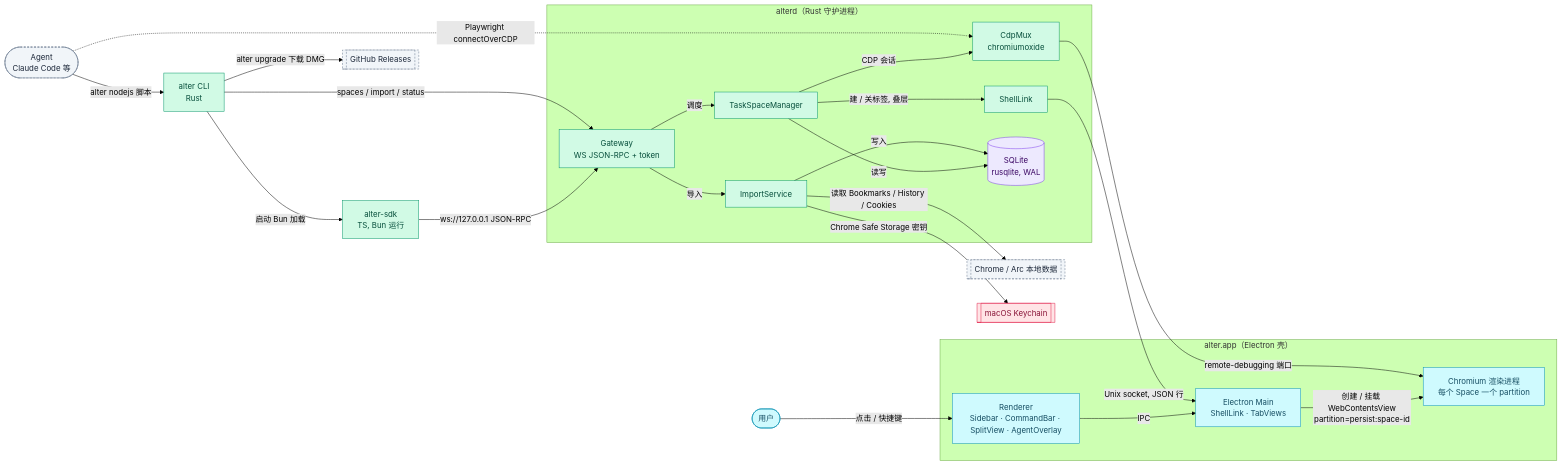
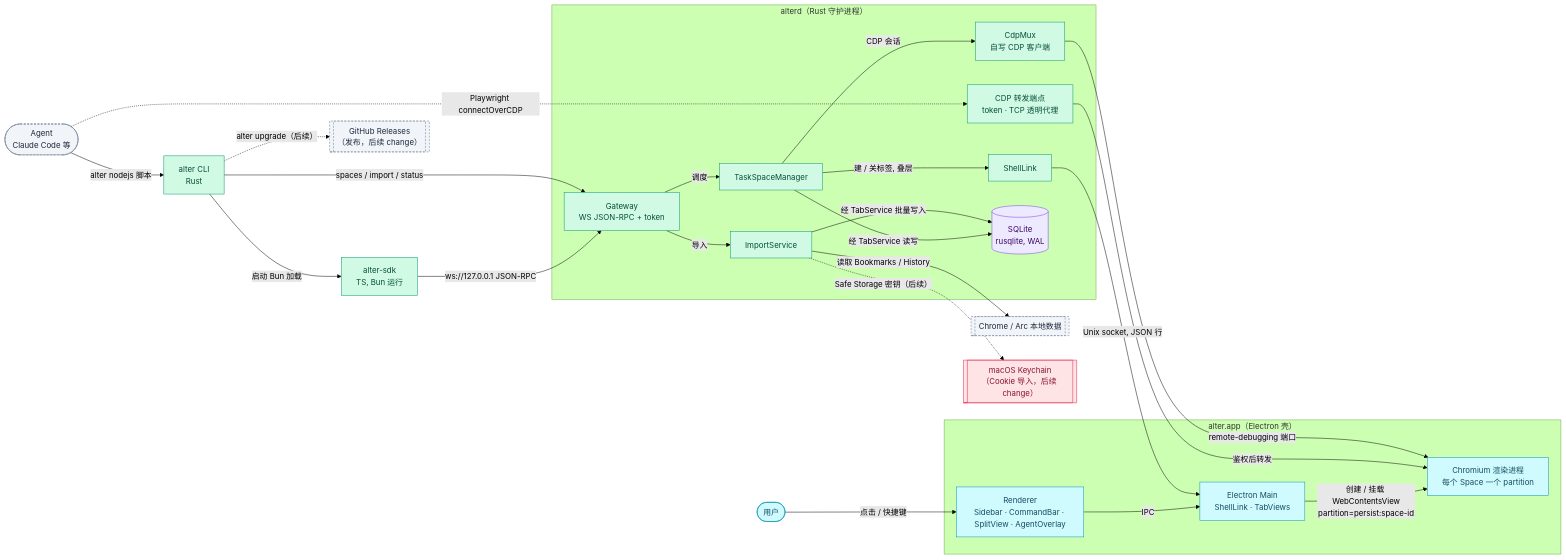
One commit to ethanyulabs/alter changed the diagram in .dev-flow/infra/architecture.md. Above: the diagram before and after it, drawn with Mermaid (forest theme). The commit also changed other lines of this file and 224 other files, not shown here.

First line of the commit message:
alter 核心功能：Space、agent、浏览增强与导入

````diff
--- a/.dev-flow/infra/architecture.md
+++ b/.dev-flow/infra/architecture.md
@@ -4,49 +4,51 @@
 ```mermaid
 flowchart LR
   user([用户]):::frontend
   agent([Agent<br/>Claude Code 等]):::external
   cli[alter CLI<br/>Rust]:::backend
   sdk[alter-sdk<br/>TS, Bun 运行]:::backend
   subgraph app [alter.app（Electron 壳）]
     renderer[Renderer<br/>Sidebar · CommandBar · SplitView · AgentOverlay]:::frontend
     main[Electron Main<br/>ShellLink · TabViews]:::frontend
     chromium[Chromium 渲染进程<br/>每个 Space 一个 partition]:::frontend
   end
   subgraph daemon [alterd（Rust 守护进程）]
     gateway[Gateway<br/>WS JSON-RPC + token]:::backend
     tsm[TaskSpaceManager]:::backend
-    cdpmux[CdpMux<br/>chromiumoxide]:::backend
+    cdpmux[CdpMux<br/>自写 CDP 客户端]:::backend
+    forward[CDP 转发端点<br/>token · TCP 透明代理]:::backend
     shelllink[ShellLink]:::backend
     importer[ImportService]:::backend
     store[(SQLite<br/>rusqlite, WAL)]:::data
   end
   chrome[[Chrome / Arc 本地数据]]:::external
-  keychain[[macOS Keychain]]:::security
-  gh[[GitHub Releases]]:::external
+  keychain[[macOS Keychain<br/>（Cookie 导入，后续 change）]]:::security
+  gh[[GitHub Releases<br/>（发布，后续 change）]]:::external
   user -->|点击 / 快捷键| renderer
   renderer -->|IPC| main
   main -->|创建 / 挂载 WebContentsView<br/>partition=persist:space-id| chromium
   agent -->|alter nodejs 脚本| cli
   cli -->|启动 Bun 加载| sdk
   sdk -->|ws://127.0.0.1 JSON-RPC| gateway
   cli -->|spaces / import / status| gateway
   gateway -->|调度| tsm
   gateway -->|导入| importer
   tsm -->|CDP 会话| cdpmux
   tsm -->|建 / 关标签, 叠层| shelllink
-  tsm -->|读写| store
-  importer -->|写入| store
-  agent -.->|Playwright connectOverCDP| cdpmux
+  tsm -->|经 TabService 读写| store
+  importer -->|经 TabService 批量写入| store
+  agent -.->|Playwright connectOverCDP| forward
+  forward -->|鉴权后转发| chromium
   cdpmux -->|remote-debugging 端口| chromium
   shelllink -->|Unix socket, JSON 行| main
-  importer -->|读取 Bookmarks / History / Cookies| chrome
-  importer -->|Chrome Safe Storage 密钥| keychain
-  cli -->|alter upgrade 下载 DMG| gh
+  importer -->|读取 Bookmarks / History| chrome
+  importer -.->|Safe Storage 密钥（后续）| keychain
+  cli -.->|alter upgrade（后续）| gh
   classDef frontend fill:#cffafe,stroke:#0891b2,color:#164e63
   classDef backend fill:#d1fae5,stroke:#059669,color:#064e3b
   classDef data fill:#ede9fe,stroke:#7c3aed,color:#3b0764
   classDef queue fill:#ffedd5,stroke:#ea580c,color:#7c2d12
   classDef external fill:#f1f5f9,stroke:#64748b,color:#1e293b,stroke-dasharray:4 3
   classDef security fill:#ffe4e6,stroke:#e11d48,color:#881337
   classDef changed stroke-width:3px,stroke:#dc2626
 ```
````
